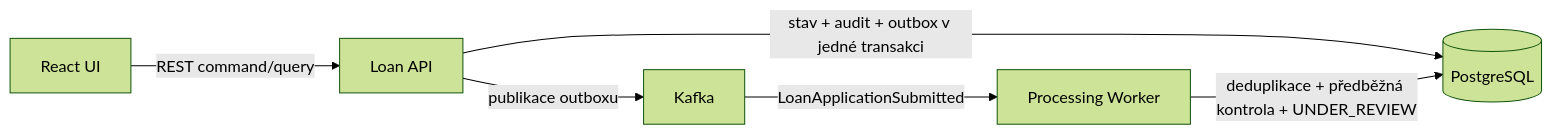
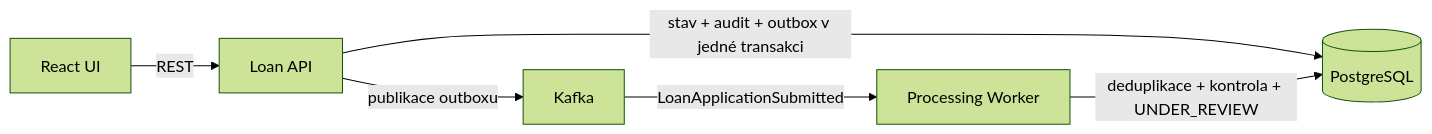
The diagram in README.md (matyzatka/devbank-loan-platform), drawn with Mermaid (forest theme) before and after one commit. The commit also changed other lines of this file and 13 other files, not shown here.

````diff
--- a/README.md
+++ b/README.md
@@ -27,8 +139,8 @@
 ```mermaid
 flowchart LR
-    UI["React UI"] -->|REST command/query| API["Loan API"]
+    UI["React UI"] -->|REST| API["Loan API"]
     API -->|stav + audit + outbox v jedné transakci| DB[(PostgreSQL)]
     API -->|publikace outboxu| K[Kafka]
     K -->|LoanApplicationSubmitted| W["Processing Worker"]
-    W -->|deduplikace + předběžná kontrola + UNDER_REVIEW| DB
+    W -->|deduplikace + kontrola + UNDER_REVIEW| DB
 ```
````
